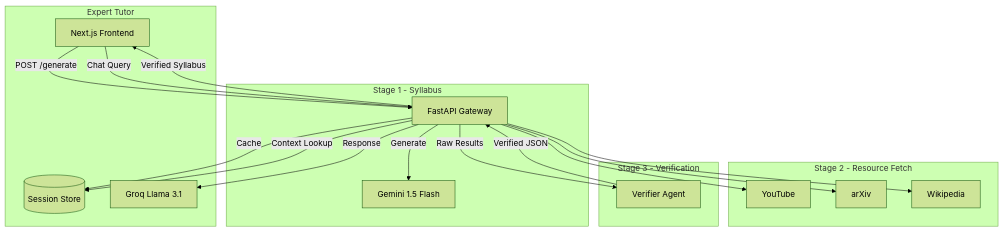
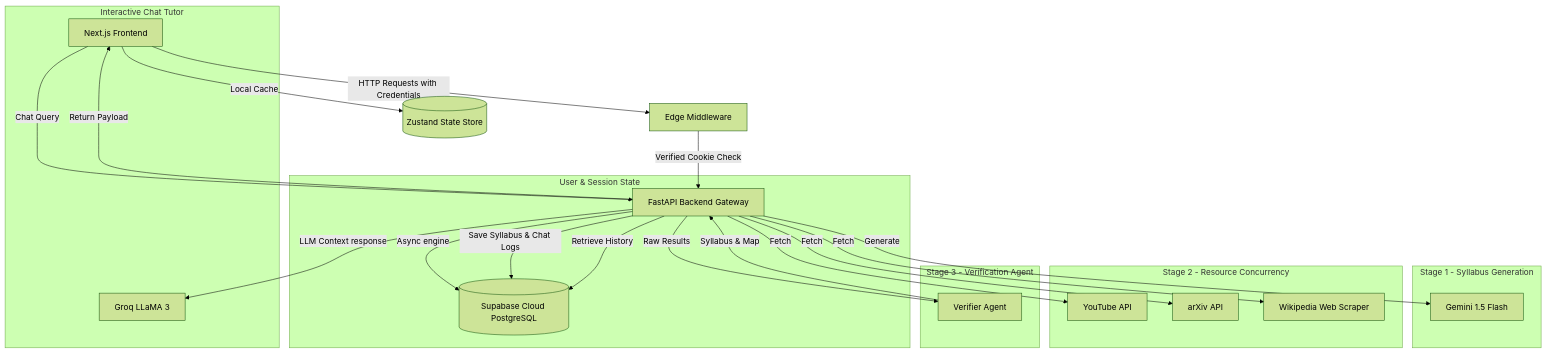
Before and after one commit to Izanagi078/Savant: the diagram in README.md, drawn with Mermaid (forest theme). The commit also changed other lines of this file and 27 other files, not shown here.

Commit message:
feat: rebrand to Savant, migrate to async PostgreSQL & HttpOnly cookie auth, and consolidate chat logs

````diff
--- a/README.md
+++ b/README.md
@@ -11,28 +11,34 @@
 ```mermaid
 graph TD
-    Client[Next.js Frontend] -->|POST /generate| API[FastAPI Gateway]
+    Client[Next.js Frontend] -->|HTTP Requests with Credentials| Middleware[Edge Middleware]
+    Middleware -->|Verified Cookie Check| Gateway[FastAPI Backend Gateway]
 
-    subgraph Stage 1 - Syllabus
-        API -->|Generate| Gemini[Gemini 1.5 Flash]
+    subgraph User & Session State
+        Gateway -->|Async engine| PostgreSQL[(Supabase Cloud PostgreSQL)]
     end
 
-    subgraph Stage 2 - Resource Fetch
-        API --> YT[YouTube]
-        API --> Arxiv[arXiv]
-        API --> Wiki[Wikipedia]
+    subgraph Stage 1 - Syllabus Generation
+        Gateway -->|Generate| Gemini[Gemini 1.5 Flash]
     end
 
-    subgraph Stage 3 - Verification
-        API -->|Raw Results| Verifier[Verifier Agent]
-        Verifier -->|Verified JSON| API
+    subgraph Stage 2 - Resource Concurrency
+        Gateway -->|Fetch| YT[YouTube API]
+        Gateway -->|Fetch| Arxiv[arXiv API]
+        Gateway -->|Fetch| Wiki[Wikipedia Web Scraper]
     end
 
-    API -->|Cache| Store[(Session Store)]
-    API -->|Verified Syllabus| Client
+    subgraph Stage 3 - Verification Agent
+        Gateway -->|Raw Results| Verifier[Verifier Agent]
+        Verifier -->|Syllabus & Map| Gateway
+    end
 
-    subgraph Expert Tutor
-        Client -->|Chat Query| API
-        API -->|Context Lookup| Store
-        API -->|Response| Groq[Groq Llama 3.1]
+    Gateway -->|Save Syllabus & Chat Logs| PostgreSQL
+    Gateway -->|Return Payload| Client
+    Client -->|Local Cache| Zustand[(Zustand State Store)]
+
+    subgraph Interactive Chat Tutor
+        Client -->|Chat Query| Gateway
+        Gateway -->|Retrieve History| PostgreSQL
+        Gateway -->|LLM Context response| Groq[Groq LLaMA 3]
     end
 ```
````
